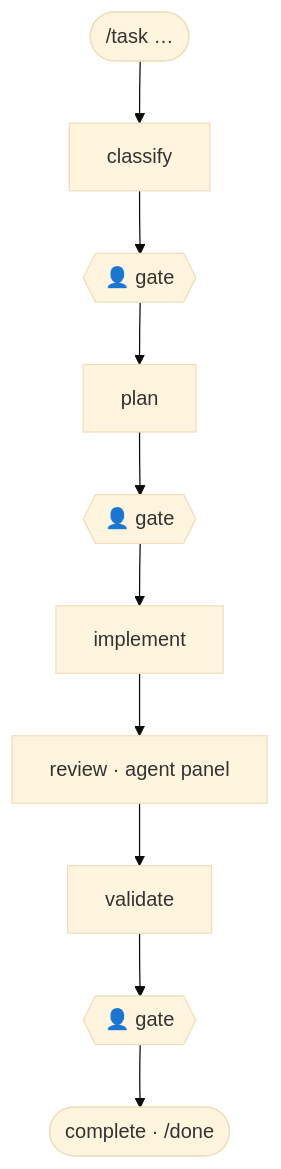
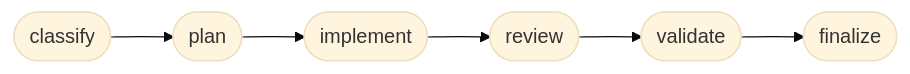
The first of 2 diagrams in README.md (teaarte/loom), drawn with Mermaid (base theme) before and after one commit. The commit also changed other lines of this file, not shown here.

First line of the commit message:
docs(readme): simplify diagrams — compact phase strip + clean 4-box architecture

````diff
--- a/README.md
+++ b/README.md
@@ -31,8 +31,4 @@
 ```mermaid
-flowchart TB
-    T(["/task …"]) --> C["classify"] --> G1{{"👤 gate"}}
-    G1 --> P["plan"] --> G2{{"👤 gate"}}
-    G2 --> I["implement"] --> R["review · agent panel"]
-    R --> V["validate"] --> G3{{"👤 gate"}}
-    G3 --> F(["complete · /done"])
+flowchart LR
+    C([classify]) --> P([plan]) --> I([implement]) --> R([review]) --> V([validate]) --> F([finalize])
 ```
````
